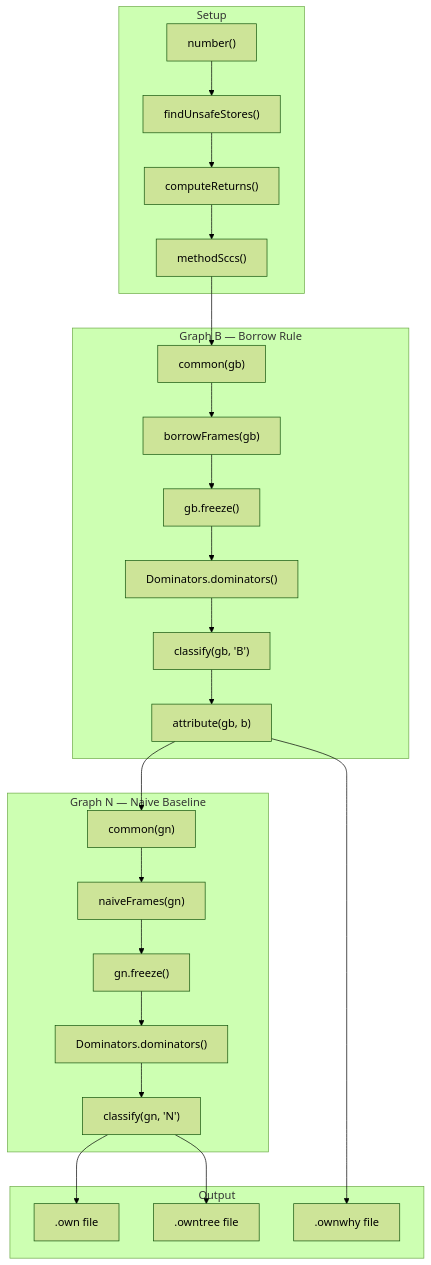
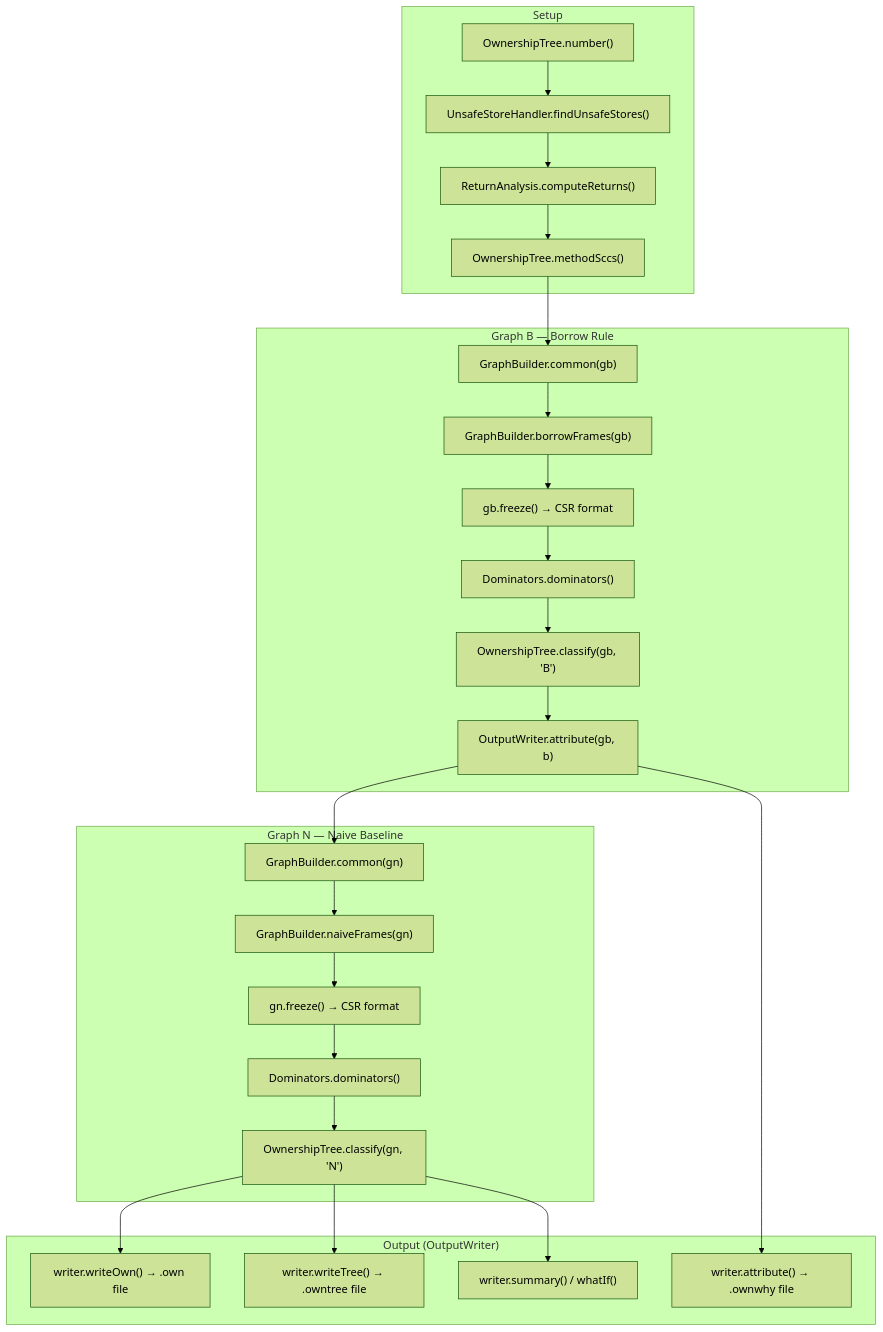
The fourth of 5 diagrams in ARCHITECTURE.md (HARSHIL2836R/DOSA), drawn with Mermaid (forest theme) before and after one commit. The commit also changed other lines of this file and 15 other files, not shown here.

````diff
--- a/ARCHITECTURE.md
+++ b/ARCHITECTURE.md
@@ -194,31 +212,32 @@
 ```mermaid
 flowchart TD
     subgraph "Setup"
-        N["number()"] --> U["findUnsafeStores()"]
-        U --> CR["computeReturns()"]
-        CR --> SCC["methodSccs()"]
+        N["OwnershipTree.number()"] --> U["UnsafeStoreHandler.findUnsafeStores()"]
+        U --> CR["ReturnAnalysis.computeReturns()"]
+        CR --> SCC["OwnershipTree.methodSccs()"]
     end
 
     subgraph "Graph B — Borrow Rule"
-        SCC --> CB["common(gb)"]
-        CB --> BF["borrowFrames(gb)"]
-        BF --> FB["gb.freeze()"]
+        SCC --> CB["GraphBuilder.common(gb)"]
+        CB --> BF["GraphBuilder.borrowFrames(gb)"]
+        BF --> FB["gb.freeze() → CSR format"]
         FB --> DB["Dominators.dominators()"]
-        DB --> CLB["classify(gb, 'B')"]
-        CLB --> AB["attribute(gb, b)"]
+        DB --> CLB["OwnershipTree.classify(gb, 'B')"]
+        CLB --> AB["OutputWriter.attribute(gb, b)"]
     end
 
     subgraph "Graph N — Naive Baseline"
-        AB --> CN["common(gn)"]
-        CN --> NF["naiveFrames(gn)"]
-        NF --> FN["gn.freeze()"]
+        AB --> CN["GraphBuilder.common(gn)"]
+        CN --> NF["GraphBuilder.naiveFrames(gn)"]
+        NF --> FN["gn.freeze() → CSR format"]
         FN --> DN["Dominators.dominators()"]
-        DN --> CLN["classify(gn, 'N')"]
+        DN --> CLN["OwnershipTree.classify(gn, 'N')"]
     end
 
-    subgraph "Output"
-        CLN --> OWN[".own file"]
-        CLN --> TREE[".owntree file"]
-        AB --> WHY[".ownwhy file"]
+    subgraph "Output (OutputWriter)"
+        CLN --> OWN["writer.writeOwn() → .own file"]
+        CLN --> TREE["writer.writeTree() → .owntree file"]
+        AB --> WHY["writer.attribute() → .ownwhy file"]
+        CLN --> SUM["writer.summary() / whatIf()"]
     end
 ```
````
